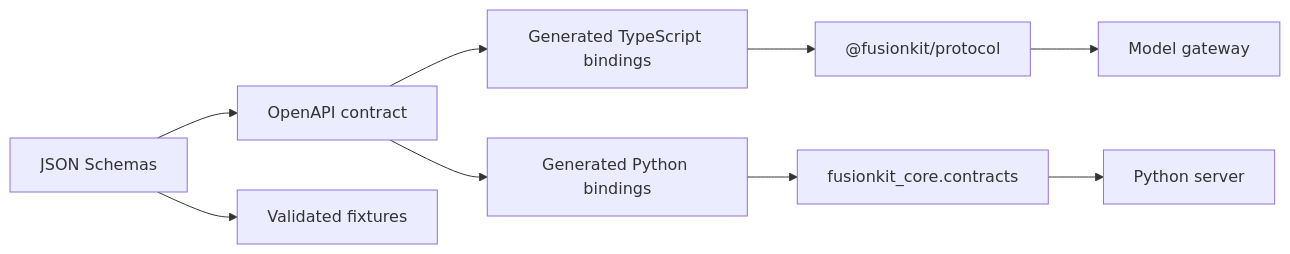
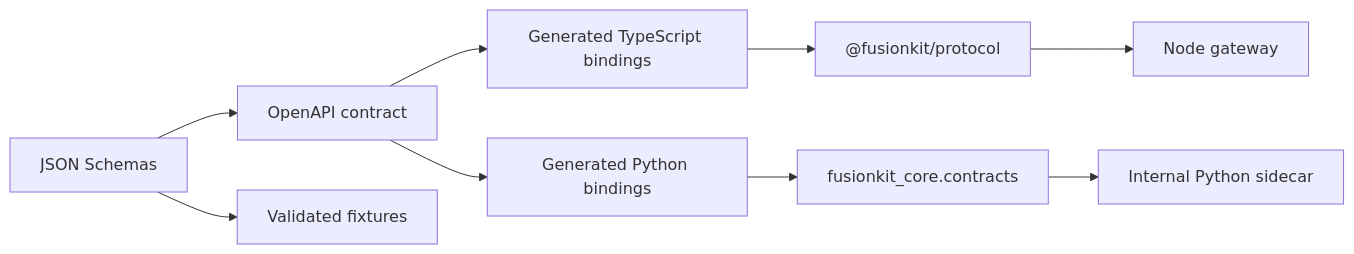
The diagram in docs/specs-and-apis.md (velum-labs/handoffkit), drawn with Mermaid before and after one commit. The commit also changed other lines of this file and 776 other files, not shown here.

````diff
--- a/docs/specs-and-apis.md
+++ b/docs/specs-and-apis.md
@@ -11,11 +15,11 @@
 ```mermaid
 flowchart LR
   Schemas[JSON Schemas] --> OpenAPI[OpenAPI contract]
   Schemas --> Fixtures[Validated fixtures]
   OpenAPI --> TS[Generated TypeScript bindings]
   OpenAPI --> PY[Generated Python bindings]
   TS --> Protocol["@fusionkit/protocol"]
   PY --> Core["fusionkit_core.contracts"]
-  Protocol --> Gateway[Model gateway]
-  Core --> Server[Python server]
+  Protocol --> Gateway["Node gateway"]
+  Core --> Sidecar["Internal Python sidecar"]
 ```
````
